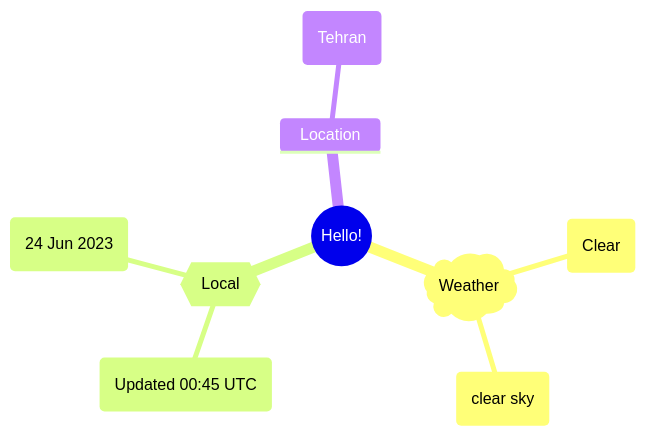
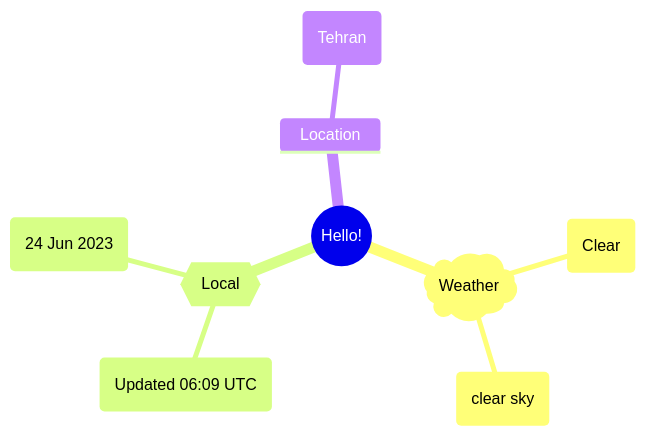
One commit to Xosrov/Xosrov changed the first of 2 diagrams in README.md. Above: the diagram before and after it, drawn with Mermaid.

Commit message:
[bot] updated images

````diff
--- a/README.md
+++ b/README.md
@@ -3,12 +3,12 @@
 ```mermaid
 mindmap
   root((Hello!))
     )Weather(
         (Clear)
         (clear sky)
     {{Local}}
-        (Updated 00:45 UTC)
+        (Updated 06:09 UTC)
         (24 Jun 2023)
     Location
         (Tehran)
 ```
````
